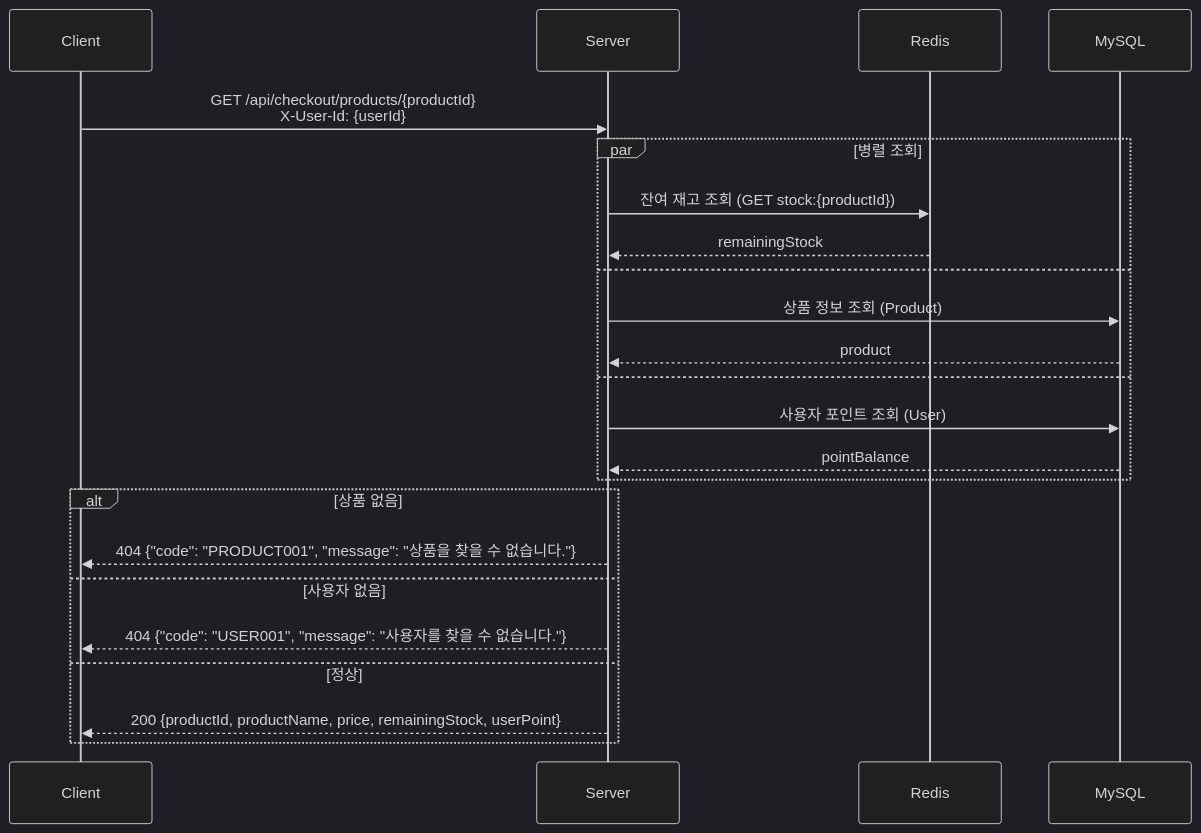
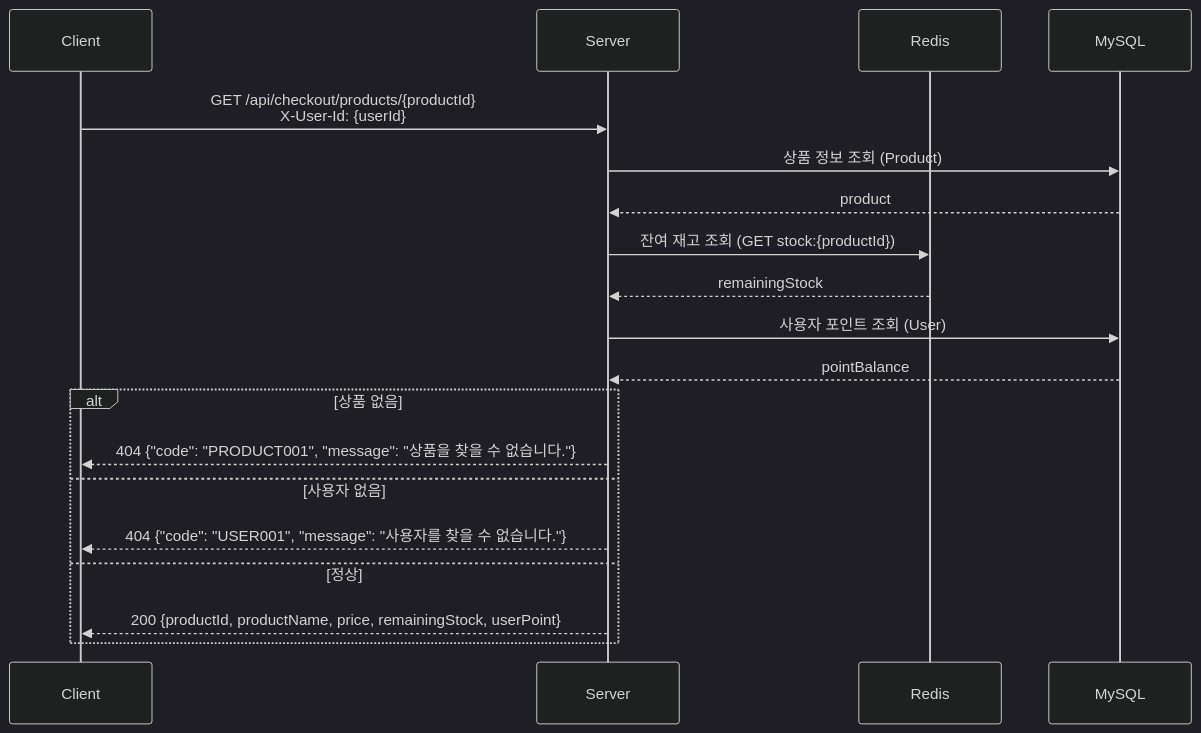
One commit to hyunmin0317/reservation-payment-platform changed the first of 5 diagrams in docs/sequence-diagrams.md. Above: the diagram before and after it, drawn with Mermaid (dark theme). The commit also changed 1 other file, not shown here.

Commit message:
docs: README 및 시퀀스 다이어그램 Checkout 호출 순서를 코드와 일치 (#192)
CheckoutService 코드의 실제 호출 순서(상품→Redis재고→사용자)에 맞게
README와 docs/sequence-diagrams.md의 다이어그램 수정

````diff
--- a/docs/sequence-diagrams.md
+++ b/docs/sequence-diagrams.md
@@ -5,28 +5,24 @@
 ```mermaid
 sequenceDiagram
     participant C as Client
     participant S as Server
     participant R as Redis
     participant DB as MySQL
 
     C->>S: GET /api/checkout/products/{productId}<br/>X-User-Id: {userId}
 
-    par 병렬 조회
-        S->>R: 잔여 재고 조회 (GET stock:{productId})
-        R-->>S: remainingStock
-    and
-        S->>DB: 상품 정보 조회 (Product)
-        DB-->>S: product
-    and
-        S->>DB: 사용자 포인트 조회 (User)
-        DB-->>S: pointBalance
-    end
+    S->>DB: 상품 정보 조회 (Product)
+    DB-->>S: product
+    S->>R: 잔여 재고 조회 (GET stock:{productId})
+    R-->>S: remainingStock
+    S->>DB: 사용자 포인트 조회 (User)
+    DB-->>S: pointBalance
 
     alt 상품 없음
         S-->>C: 404 {"code": "PRODUCT001", "message": "상품을 찾을 수 없습니다."}
     else 사용자 없음
         S-->>C: 404 {"code": "USER001", "message": "사용자를 찾을 수 없습니다."}
     else 정상
         S-->>C: 200 {productId, productName, price, remainingStock, userPoint}
     end
 ```
````
